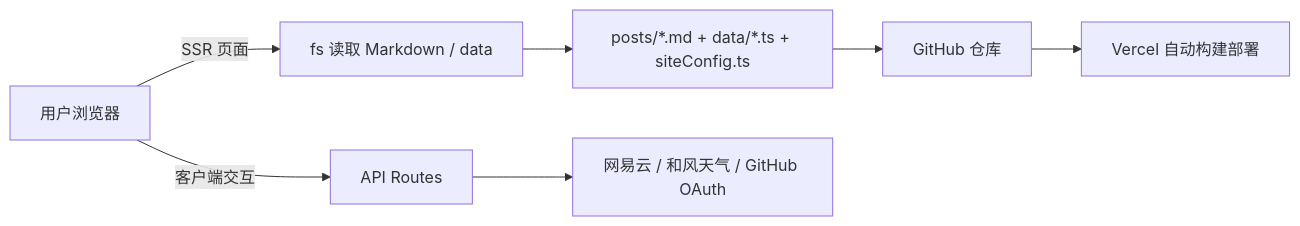
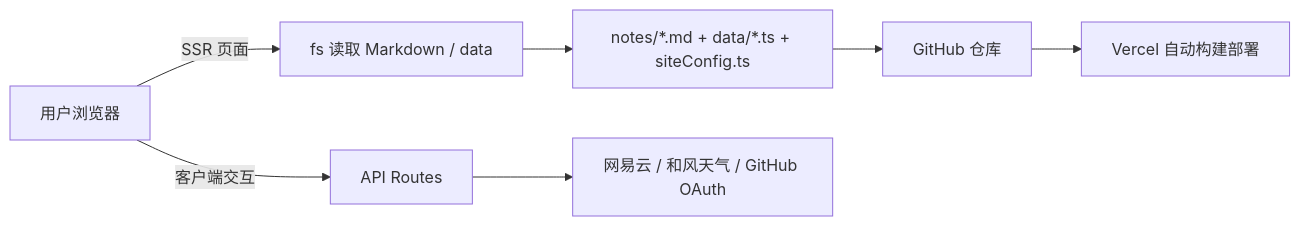
One commit to LingLuoMuYun/EverlastingDemo changed the second of 2 diagrams in docs/exp/EverlastingDemo-可复现高还原项目实现指南.md. Above: the diagram before and after it, drawn with Mermaid. The commit also changed other lines of this file and 56 other files, not shown here.

````diff
--- a/docs/exp/EverlastingDemo-可复现高还原项目实现指南.md
+++ b/docs/exp/EverlastingDemo-可复现高还原项目实现指南.md
@@ -169,9 +171,9 @@
 ```mermaid
 graph LR
     A[用户浏览器] -->|SSR 页面| B[fs 读取 Markdown / data]
     A -->|客户端交互| C[API Routes]
-    B --> D[posts/*.md + data/*.ts + siteConfig.ts]
+    B --> D[notes/*.md + data/*.ts + siteConfig.ts]
     C --> E[网易云 / 和风天气 / GitHub OAuth]
     D --> F[GitHub 仓库]
     F --> G[Vercel 自动构建部署]
 ```
````
